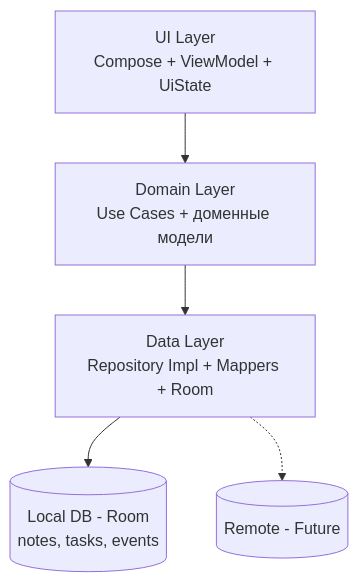
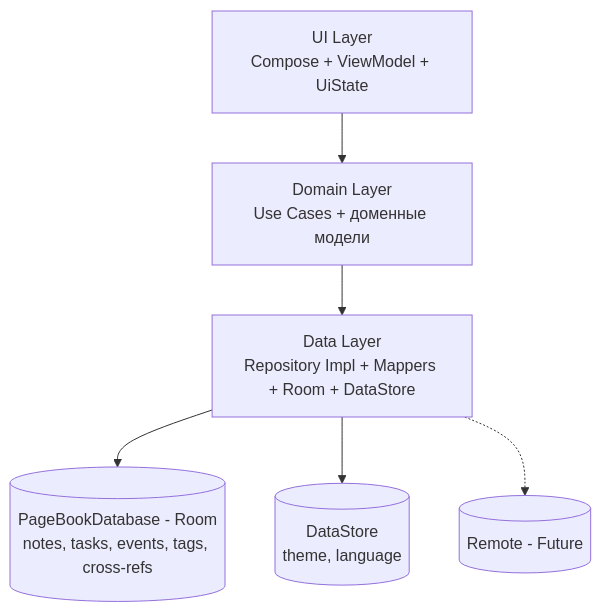
One commit to MaxGog/pagebook-android changed the diagram in README.md. Above: the diagram before and after it, drawn with Mermaid. The commit also changed other lines of this file and 70 other files, not shown here.

````diff
--- a/README.md
+++ b/README.md
@@ -54,7 +67,8 @@
 ```mermaid
 graph TD
    A[UI Layer<br/>Compose + ViewModel + UiState] --> B[Domain Layer<br/>Use Cases + доменные модели]
-   B --> C[Data Layer<br/>Repository Impl + Mappers + Room]
-   C --> D[(Local DB - Room<br/>notes, tasks, events)]
+   B --> C[Data Layer<br/>Repository Impl + Mappers + Room + DataStore]
+   C --> D[(PageBookDatabase - Room<br/>notes, tasks, events, tags, cross-refs)]
+   C --> F[(DataStore<br/>theme, language)]
    C -.-> E[(Remote - Future)]
 ```
````
